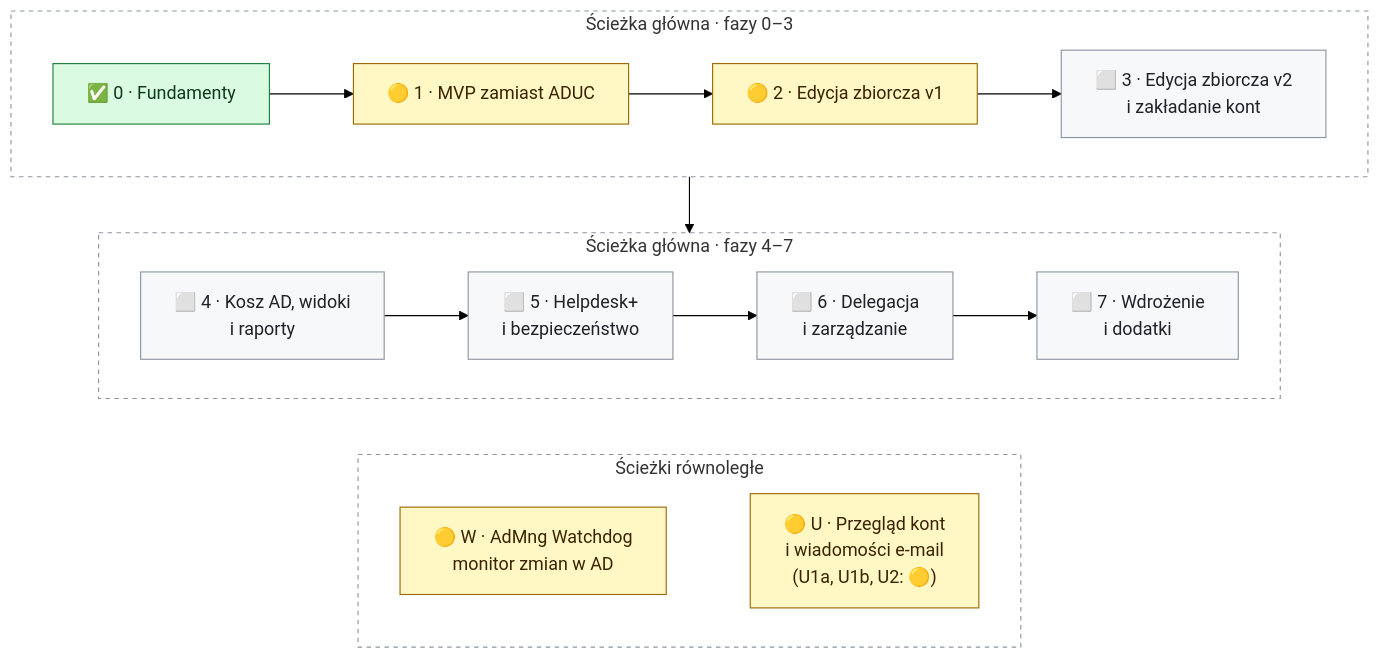
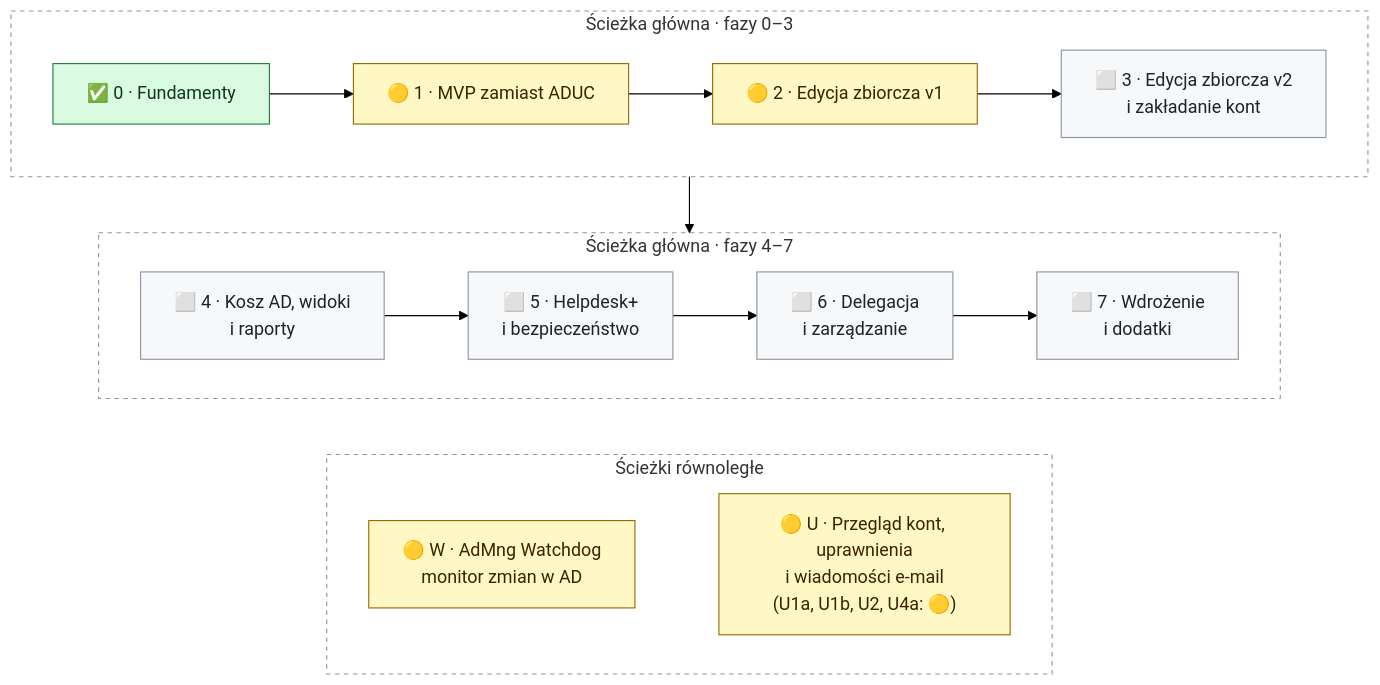
Before and after one commit to DarienRahl/AD_MNG: the diagram in README.md, drawn with Mermaid (forest theme). The commit also changed other lines of this file and 2 other files, not shown here.

First line of the commit message:
Privileged access (U4a): design note, README status and roadmap

````diff
--- a/README.md
+++ b/README.md
@@ -160,26 +160,26 @@
 ```mermaid
 flowchart TB
     subgraph A["Ścieżka główna · fazy 0–3"]
         direction LR
         F0["✅ 0 · Fundamenty"] --> F1["🟡 1 · MVP zamiast ADUC"] --> F2["🟡 2 · Edycja zbiorcza v1"] --> F3["⬜ 3 · Edycja zbiorcza v2<br/>i zakładanie kont"]
     end
     subgraph B["Ścieżka główna · fazy 4–7"]
         direction LR
         F4["⬜ 4 · Kosz AD, widoki<br/>i raporty"] --> F5["⬜ 5 · Helpdesk+<br/>i bezpieczeństwo"] --> F6["⬜ 6 · Delegacja<br/>i zarządzanie"] --> F7["⬜ 7 · Wdrożenie<br/>i dodatki"]
     end
     subgraph C["Ścieżki równoległe"]
         direction LR
-        W["🟡 W · AdMng Watchdog<br/>monitor zmian w AD"] ~~~ U["🟡 U · Przegląd kont<br/>i wiadomości e-mail<br/>(U1a, U1b, U2: 🟡)"]
+        W["🟡 W · AdMng Watchdog<br/>monitor zmian w AD"] ~~~ U["🟡 U · Przegląd kont, uprawnienia<br/>i wiadomości e-mail<br/>(U1a, U1b, U2, U4a: 🟡)"]
     end
     A --> B
     B ~~~ C
     classDef done fill:#dafbe1,stroke:#1a7f37,color:#0d3a1a
     classDef wip fill:#fff8c5,stroke:#9a6700,color:#3b2300
     classDef todo fill:#f6f8fa,stroke:#8c959f,color:#1f2328
     class F0 done
     class F1,F2,W,U wip
     class F3,F4,F5,F6,F7 todo
     style A fill:transparent,stroke:#8c959f,stroke-dasharray:4 4
     style B fill:transparent,stroke:#8c959f,stroke-dasharray:4 4
     style C fill:transparent,stroke:#8c959f,stroke-dasharray:4 4
 ```
````
